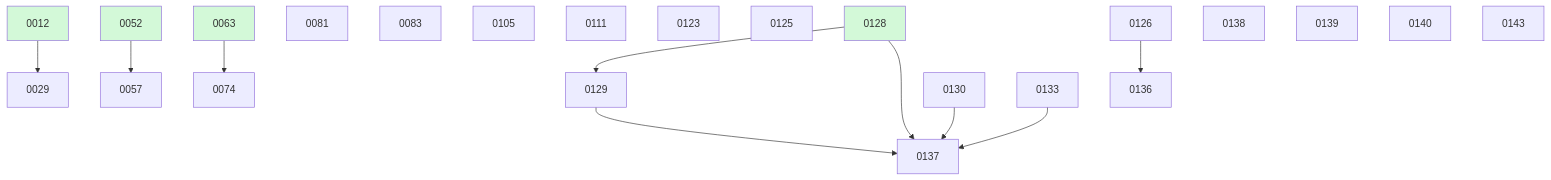
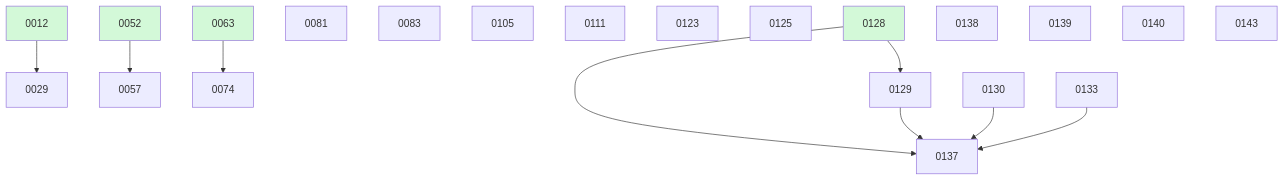
One commit to ethanhinson/fuse changed the diagram in docs/changes/BOARD.md. Above: the diagram before and after it, drawn with Mermaid. The commit also changed other lines of this file and 2 other files, not shown here.

````diff
--- a/docs/changes/BOARD.md
+++ b/docs/changes/BOARD.md
@@ -41,27 +40,26 @@
 ```mermaid
 graph TD
   0012 --> 0029
   0052 --> 0057
   0063 --> 0074
   0081
   0083
   0105
   0111
   0123
   0125
   0128 --> 0129
-  0126 --> 0136
   0128 --> 0137
   0129 --> 0137
   0130 --> 0137
   0133 --> 0137
   0138
   0139
   0140
   0143
   0012:::done
   0052:::done
   0063:::done
   0128:::done
   classDef done fill:#d3f9d8;
 ```
````
